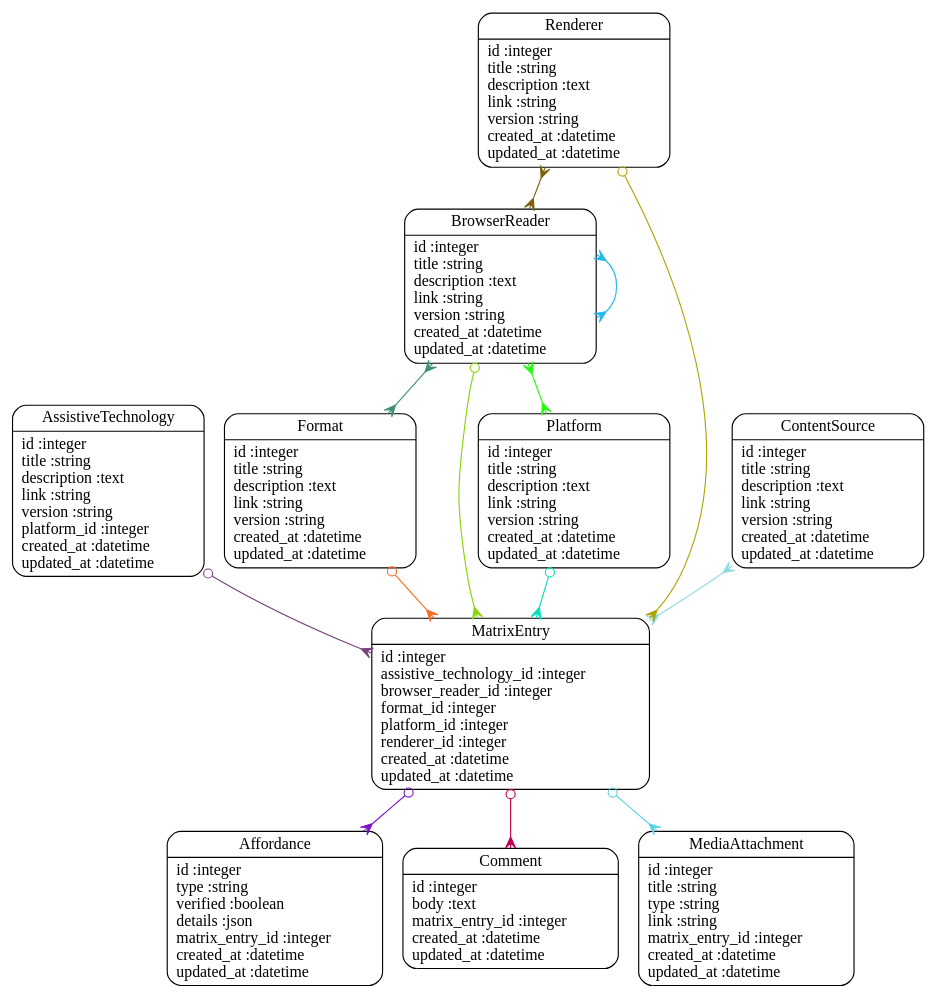
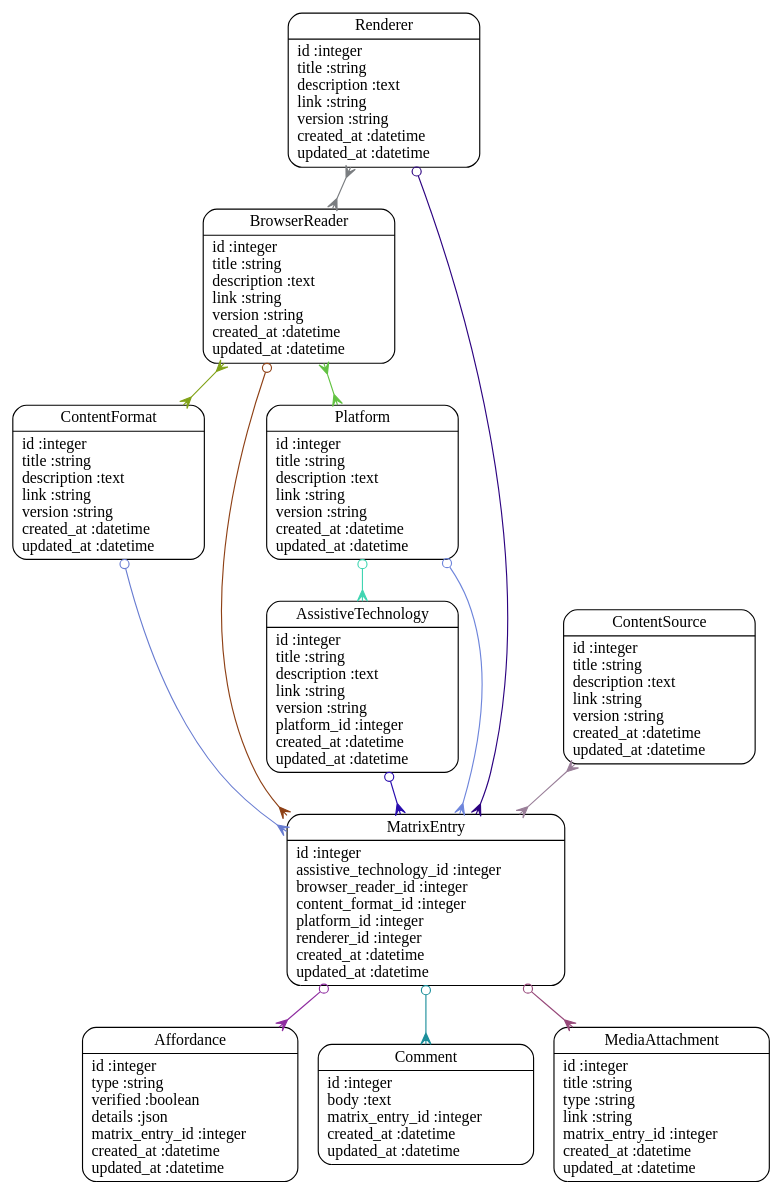
Before and after one commit to benetech/math-support-finder: the diagram in models.dot, drawn with Graphviz. The commit also changed 2 other files, not shown here.

Commit message:
added initial seed data and massive changes for ContentFormat issue

```diff
--- a/models.dot
+++ b/models.dot
@@ -1,26 +1,26 @@
 digraph models_diagram {
 	graph[overlap=false, splines=true]
 	"Affordance" [shape=Mrecord, label="{Affordance|id :integer\ltype :string\lverified :boolean\ldetails :json\lmatrix_entry_id :integer\lcreated_at :datetime\lupdated_at :datetime\l}"]
 	"AssistiveTechnology" [shape=Mrecord, label="{AssistiveTechnology|id :integer\ltitle :string\ldescription :text\llink :string\lversion :string\lplatform_id :integer\lcreated_at :datetime\lupdated_at :datetime\l}"]
 	"BrowserReader" [shape=Mrecord, label="{BrowserReader|id :integer\ltitle :string\ldescription :text\llink :string\lversion :string\lcreated_at :datetime\lupdated_at :datetime\l}"]
 	"Comment" [shape=Mrecord, label="{Comment|id :integer\lbody :text\lmatrix_entry_id :integer\lcreated_at :datetime\lupdated_at :datetime\l}"]
+	"ContentFormat" [shape=Mrecord, label="{ContentFormat|id :integer\ltitle :string\ldescription :text\llink :string\lversion :string\lcreated_at :datetime\lupdated_at :datetime\l}"]
 	"ContentSource" [shape=Mrecord, label="{ContentSource|id :integer\ltitle :string\ldescription :text\llink :string\lversion :string\lcreated_at :datetime\lupdated_at :datetime\l}"]
-	"Format" [shape=Mrecord, label="{Format|id :integer\ltitle :string\ldescription :text\llink :string\lversion :string\lcreated_at :datetime\lupdated_at :datetime\l}"]
-	"MatrixEntry" [shape=Mrecord, label="{MatrixEntry|id :integer\lassistive_technology_id :integer\lbrowser_reader_id :integer\lformat_id :integer\lplatform_id :integer\lrenderer_id :integer\lcreated_at :datetime\lupdated_at :datetime\l}"]
+	"MatrixEntry" [shape=Mrecord, label="{MatrixEntry|id :integer\lassistive_technology_id :integer\lbrowser_reader_id :integer\lcontent_format_id :integer\lplatform_id :integer\lrenderer_id :integer\lcreated_at :datetime\lupdated_at :datetime\l}"]
 	"MediaAttachment" [shape=Mrecord, label="{MediaAttachment|id :integer\ltitle :string\ltype :string\llink :string\lmatrix_entry_id :integer\lcreated_at :datetime\lupdated_at :datetime\l}"]
 	"Platform" [shape=Mrecord, label="{Platform|id :integer\ltitle :string\ldescription :text\llink :string\lversion :string\lcreated_at :datetime\lupdated_at :datetime\l}"]
 	"Renderer" [shape=Mrecord, label="{Renderer|id :integer\ltitle :string\ldescription :text\llink :string\lversion :string\lcreated_at :datetime\lupdated_at :datetime\l}"]
-	"AssistiveTechnology" -> "MatrixEntry" [arrowtail=odot, arrowhead=crow, dir=both color="#7A447E"]
-	"BrowserReader" -> "MatrixEntry" [arrowtail=odot, arrowhead=crow, dir=both color="#8AD40C"]
-	"BrowserReader" -> "Format" [arrowtail=crow, arrowhead=crow, dir=both color="#409273"]
-	"BrowserReader" -> "Platform" [arrowtail=crow, arrowhead=crow, dir=both color="#22FB0C"]
-	"BrowserReader" -> "BrowserReader" [arrowtail=crow, arrowhead=crow, dir=both color="#24B9E8"]
-	"ContentSource" -> "MatrixEntry" [arrowtail=crow, arrowhead=crow, dir=both color="#92DCE1"]
-	"Format" -> "MatrixEntry" [arrowtail=odot, arrowhead=crow, dir=both color="#F66B29"]
-	"MatrixEntry" -> "Affordance" [arrowtail=odot, arrowhead=crow, dir=both color="#7E15CB"]
-	"MatrixEntry" -> "Comment" [arrowtail=odot, arrowhead=crow, dir=both color="#BE0257"]
-	"MatrixEntry" -> "MediaAttachment" [arrowtail=odot, arrowhead=crow, dir=both color="#5DD5E5"]
-	"Platform" -> "MatrixEntry" [arrowtail=odot, arrowhead=crow, dir=both color="#03E2BC"]
-	"Renderer" -> "MatrixEntry" [arrowtail=odot, arrowhead=crow, dir=both color="#AEA605"]
-	"Renderer" -> "BrowserReader" [arrowtail=crow, arrowhead=crow, dir=both color="#7F620D"]
+	"AssistiveTechnology" -> "MatrixEntry" [arrowtail=odot, arrowhead=crow, dir=both color="#280CAE"]
+	"BrowserReader" -> "MatrixEntry" [arrowtail=odot, arrowhead=crow, dir=both color="#8E4015"]
+	"BrowserReader" -> "ContentFormat" [arrowtail=crow, arrowhead=crow, dir=both color="#80A217"]
+	"BrowserReader" -> "Platform" [arrowtail=crow, arrowhead=crow, dir=both color="#62C242"]
+	"ContentFormat" -> "MatrixEntry" [arrowtail=odot, arrowhead=crow, dir=both color="#687CD1"]
+	"ContentSource" -> "MatrixEntry" [arrowtail=crow, arrowhead=crow, dir=both color="#9A7F99"]
+	"MatrixEntry" -> "Affordance" [arrowtail=odot, arrowhead=crow, dir=both color="#8F2DA0"]
+	"MatrixEntry" -> "Comment" [arrowtail=odot, arrowhead=crow, dir=both color="#1C8F9B"]
+	"MatrixEntry" -> "MediaAttachment" [arrowtail=odot, arrowhead=crow, dir=both color="#97497A"]
+	"Platform" -> "AssistiveTechnology" [arrowtail=odot, arrowhead=crow, dir=both color="#41D5B2"]
+	"Platform" -> "MatrixEntry" [arrowtail=odot, arrowhead=crow, dir=both color="#6E85DB"]
+	"Renderer" -> "MatrixEntry" [arrowtail=odot, arrowhead=crow, dir=both color="#2C0280"]
+	"Renderer" -> "BrowserReader" [arrowtail=crow, arrowhead=crow, dir=both color="#7A7D80"]
 }
```
